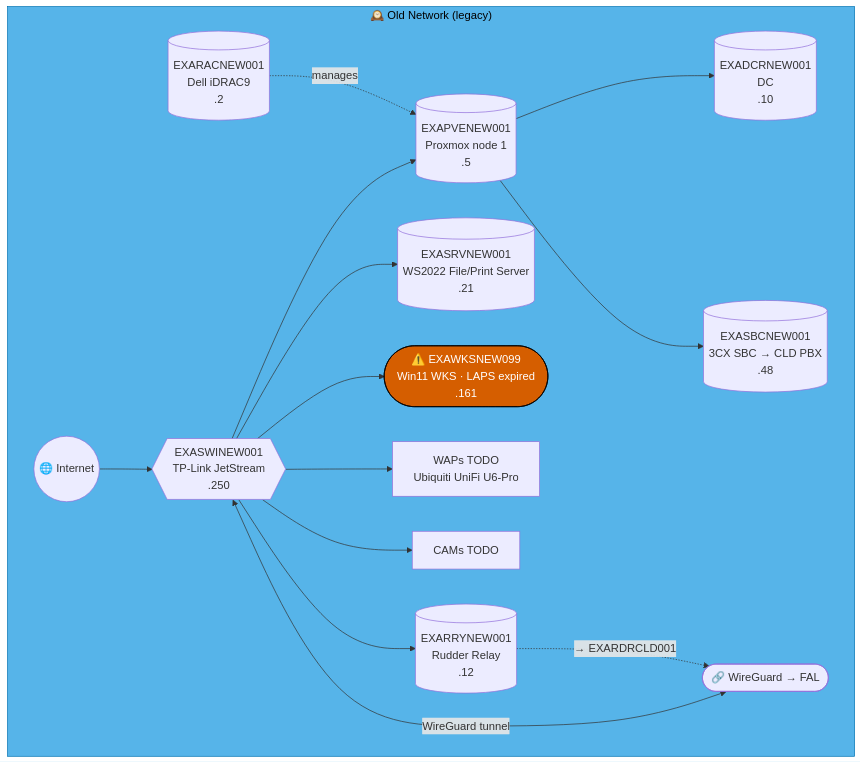
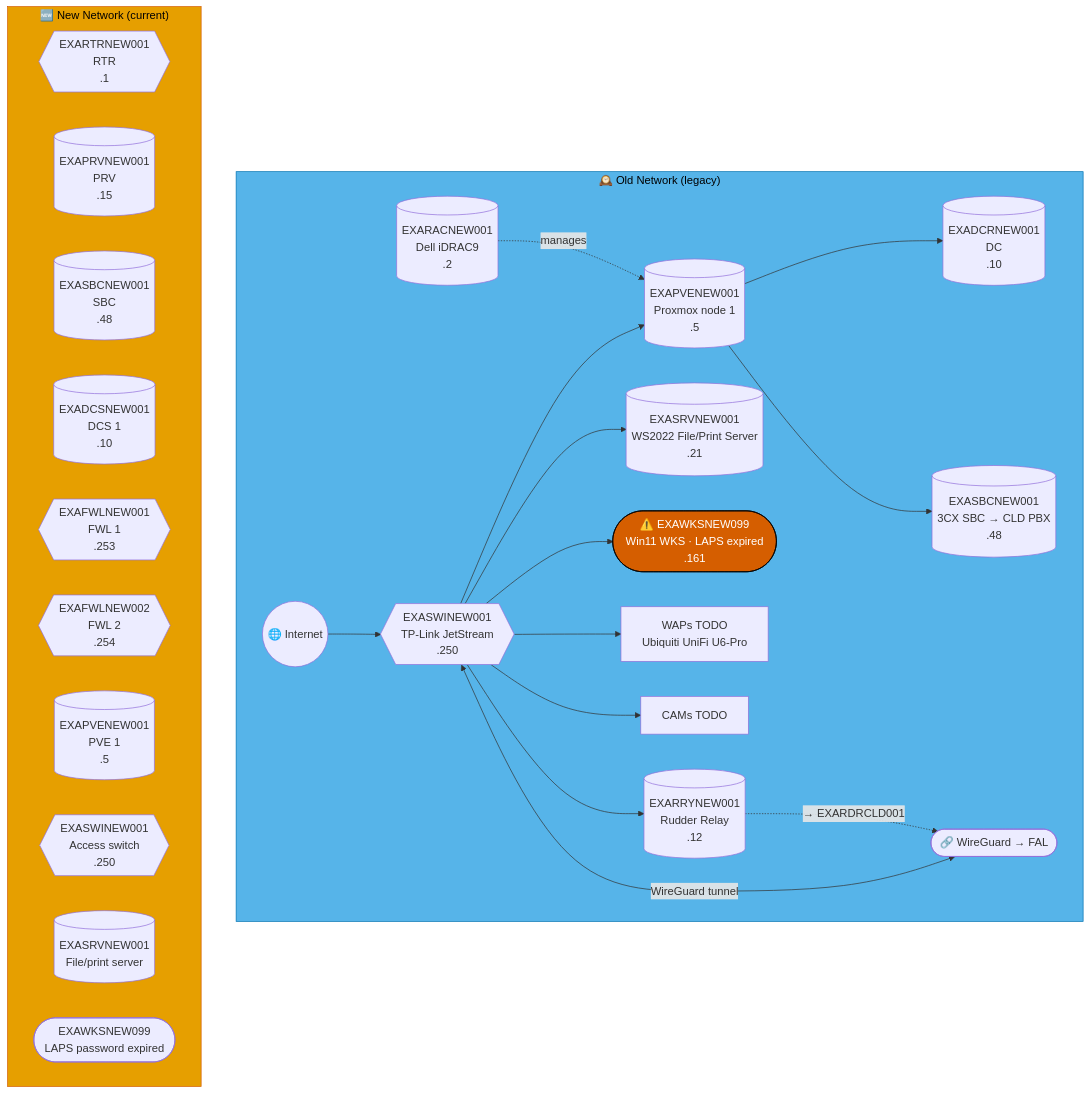
Before and after one commit to knightmare2600/example_music_infra: diagram 13 of 51 in docs/network-diagram.md, drawn with Mermaid. The commit also changed other lines of this file and 1 other file, not shown here.

````diff
--- a/docs/network-diagram.md
+++ b/docs/network-diagram.md
@@ -686,29 +952,44 @@
 ```mermaid
 graph TD
     subgraph OLD_NEW ["🕰️ Old Network (legacy)"]
       INET(("🌐 Internet"))
       SW{{"EXASWINEW001<br/>TP-Link JetStream<br/>.250"}}
       RAC[("EXARACNEW001<br/>Dell iDRAC9<br/>.2")]
       PVE[("EXAPVENEW001<br/>Proxmox node 1<br/>.5")]
       DC[("EXADCRNEW001<br/>DC<br/>.10")]
       SBC[("EXASBCNEW001<br/>3CX SBC → CLD PBX<br/>.48")]
       RRY[("EXARRYNEW001<br/>Rudder Relay<br/>.12")]
       SRV[("EXASRVNEW001<br/>WS2022 File/Print Server<br/>.21")]
       WKS(["⚠️ EXAWKSNEW099<br/>Win11 WKS · LAPS expired<br/>.161"])
       WAP["WAPs TODO<br/>Ubiquiti UniFi U6-Pro"]
       CAM["CAMs TODO"]
       VPN(["🔗 WireGuard → FAL"])
 
       INET --> SW
       SW --> PVE --> DC & SBC
       RAC -.->|"manages"| PVE
       SW --> SRV & WKS & WAP & CAM
       SW <-->|"WireGuard tunnel"| VPN
 
       SW --> RRY
       RRY -. "→ EXARDRCLD001" .-> VPN
     end
     style OLD_NEW fill:#56B4E9,stroke:#0072B2,color:#000000
+    %% GENERATED:NEW-NETWORK:NEW:START
+    subgraph NEW_NEW ["🆕 New Network (current)"]
+      N_RTR{{"EXARTRNEW001<br/>RTR<br/>.1"}}
+      N_PRV[("EXAPRVNEW001<br/>PRV<br/>.15")]
+      N_SBC[("EXASBCNEW001<br/>SBC<br/>.48")]
+      N_DCS[("EXADCSNEW001<br/>DCS 1<br/>.10")]
+      N_FWL{{"EXAFWLNEW001<br/>FWL 1<br/>.253"}}
+      N_FWL2{{"EXAFWLNEW002<br/>FWL 2<br/>.254"}}
+      N_PVE[("EXAPVENEW001<br/>PVE 1<br/>.5")]
+      N_SWI{{"EXASWINEW001<br/>Access switch<br/>.250"}}
+      N_SRV[("EXASRVNEW001<br/>File/print server")]
+      N_WKS(["EXAWKSNEW099<br/>LAPS password expired"])
+    end
+    style NEW_NEW fill:#E69F00,stroke:#D55E00,color:#000000
+    %% GENERATED:NEW-NETWORK:NEW:END
     classDef warn fill:#D55E00,stroke:#000000,color:#ffffff
     class WKS warn
 ```
````
